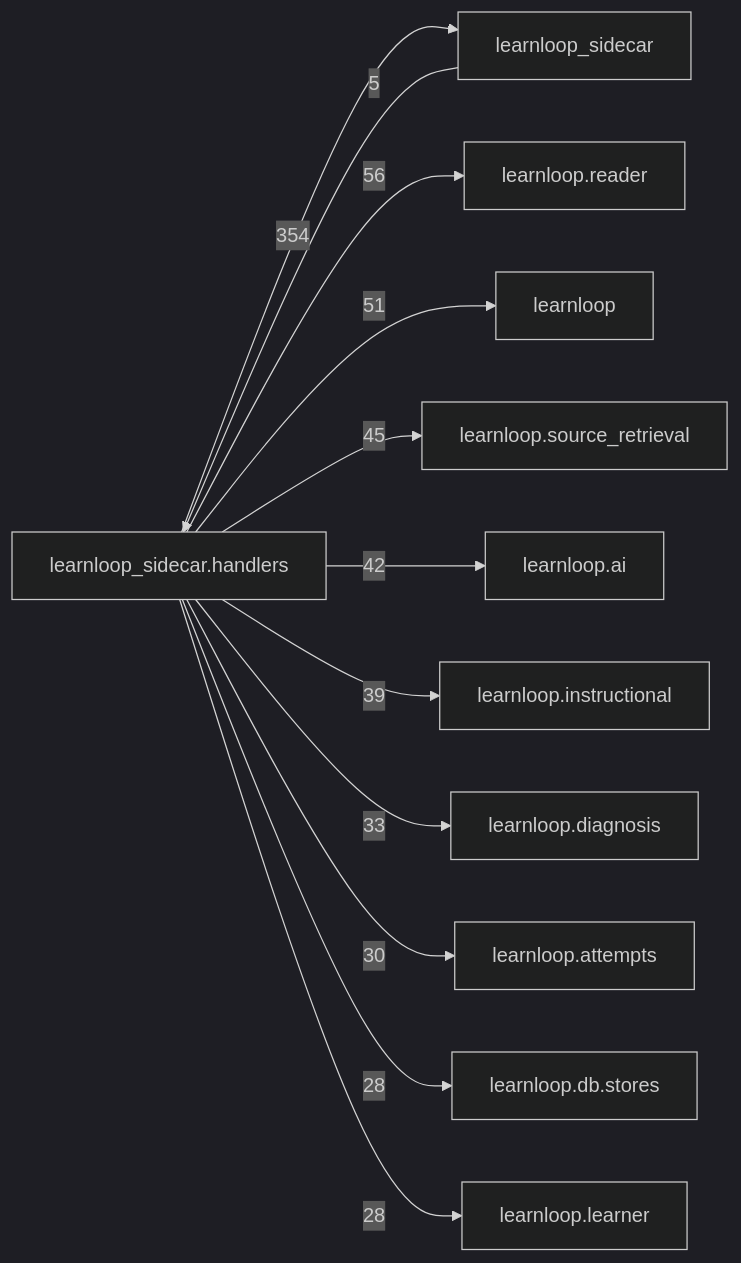
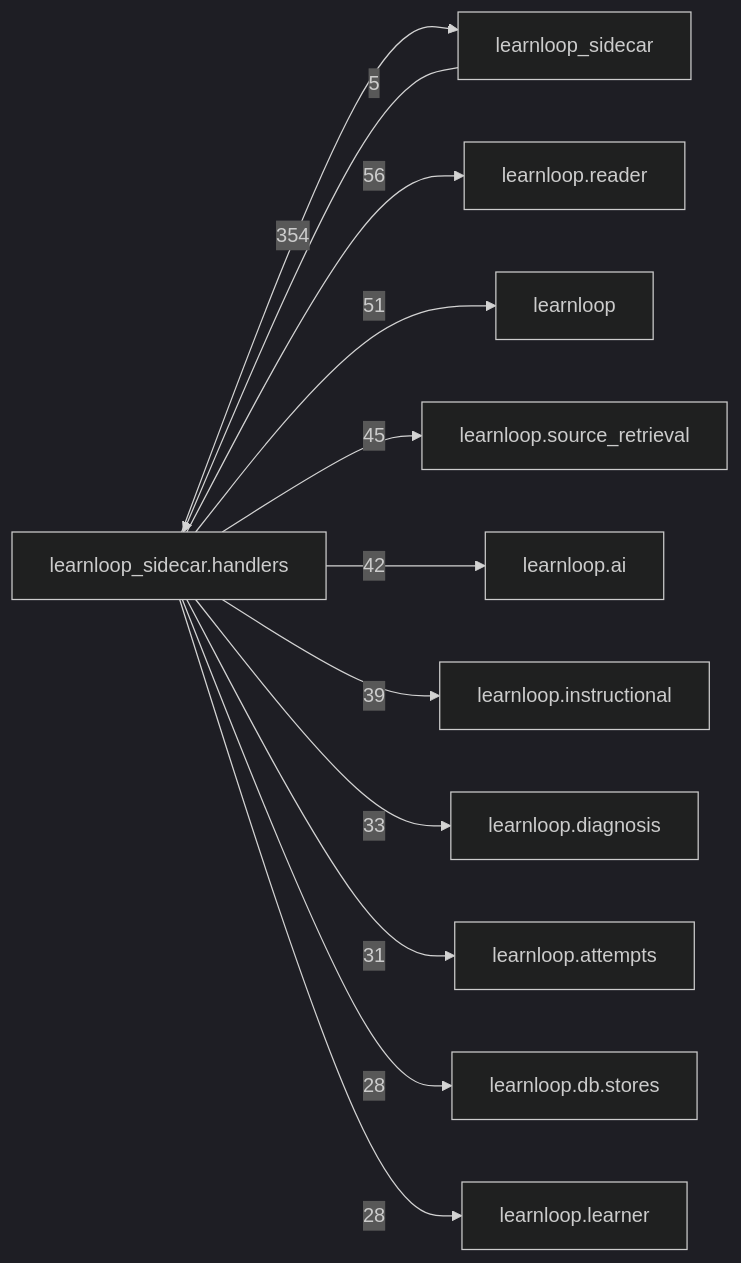
One commit to 6up-b/learnanything changed the diagram in docs/learnloop-architecture-vault/Reference/Modules/learnloop_sidecar/handlers/_package.md. Above: the diagram before and after it, drawn with Mermaid (dark theme). The commit also changed other lines of this file and 89 other files, not shown here.

````diff
--- a/docs/learnloop-architecture-vault/Reference/Modules/learnloop_sidecar/handlers/_package.md
+++ b/docs/learnloop-architecture-vault/Reference/Modules/learnloop_sidecar/handlers/_package.md
@@ -278,25 +278,25 @@
 ```mermaid
 flowchart LR
     center["learnloop_sidecar.handlers"]
     n_learnloop_sidecar["learnloop_sidecar"]
     n_learnloop_reader["learnloop.reader"]
     n_learnloop["learnloop"]
     n_learnloop_source_retrieval["learnloop.source_retrieval"]
     n_learnloop_ai["learnloop.ai"]
     n_learnloop_instructional["learnloop.instructional"]
     n_learnloop_diagnosis["learnloop.diagnosis"]
     n_learnloop_attempts["learnloop.attempts"]
     n_learnloop_db_stores["learnloop.db.stores"]
     n_learnloop_learner["learnloop.learner"]
     n_learnloop_sidecar -->|5| center
     center -->|354| n_learnloop_sidecar
     center -->|56| n_learnloop_reader
     center -->|51| n_learnloop
     center -->|45| n_learnloop_source_retrieval
     center -->|42| n_learnloop_ai
     center -->|39| n_learnloop_instructional
     center -->|33| n_learnloop_diagnosis
-    center -->|30| n_learnloop_attempts
+    center -->|31| n_learnloop_attempts
     center -->|28| n_learnloop_db_stores
     center -->|28| n_learnloop_learner
 ```
````
